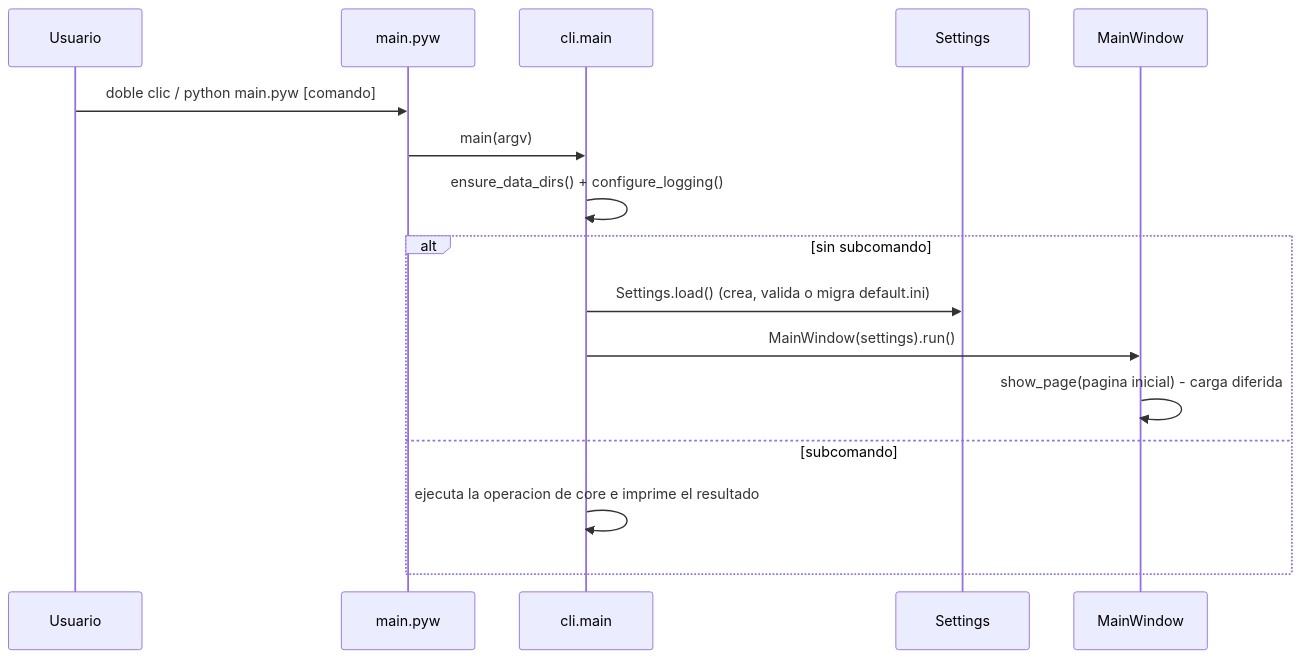
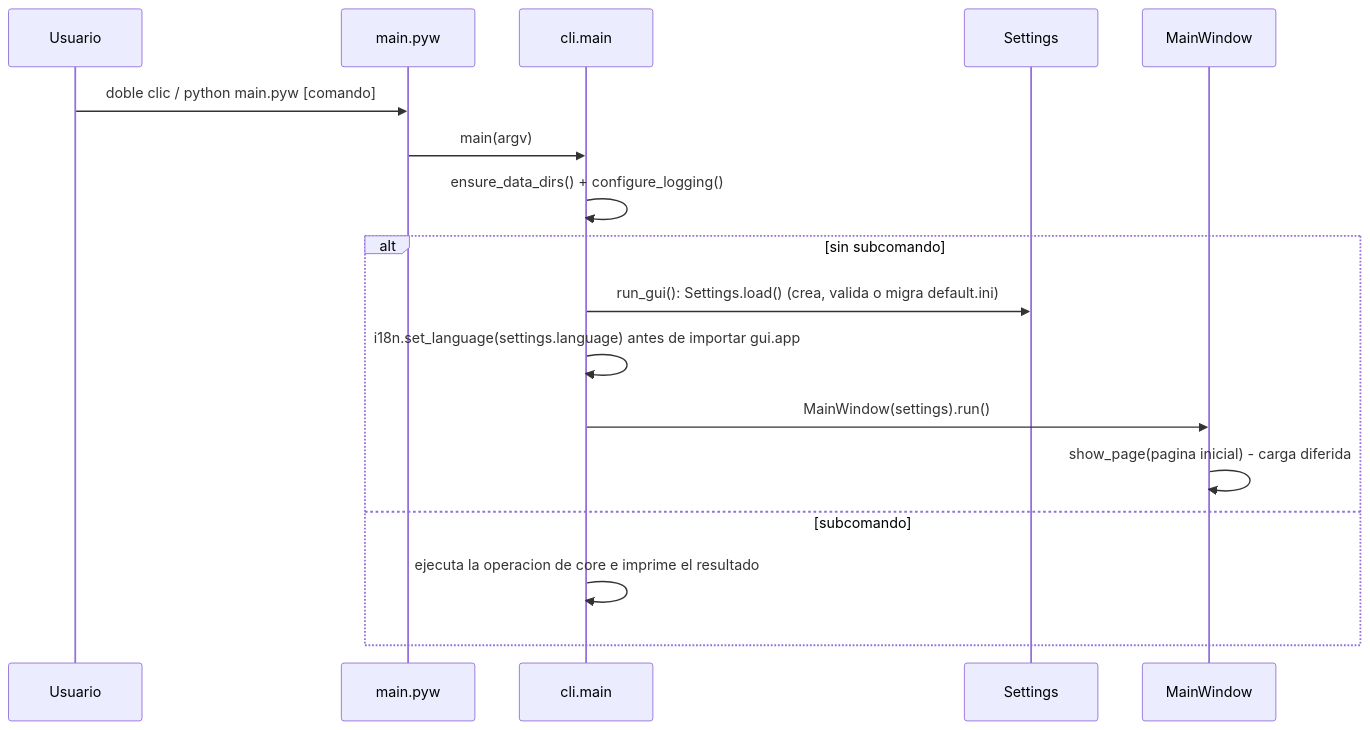
One commit to avilasebastianl/PDF_Management changed the second of 10 diagrams in README.md. Above: the diagram before and after it, drawn with Mermaid. The commit also changed other lines of this file and 73 other files, not shown here.

````diff
--- a/README.md
+++ b/README.md
@@ -301,18 +344,19 @@
 ```mermaid
 sequenceDiagram
     participant U as Usuario
     participant M as main.pyw
     participant C as cli.main
     participant S as Settings
     participant W as MainWindow
     U->>M: doble clic / python main.pyw [comando]
     M->>C: main(argv)
     C->>C: ensure_data_dirs() + configure_logging()
     alt sin subcomando
-        C->>S: Settings.load() (crea, valida o migra default.ini)
+        C->>S: run_gui(): Settings.load() (crea, valida o migra default.ini)
+        C->>C: i18n.set_language(settings.language) antes de importar gui.app
         C->>W: MainWindow(settings).run()
         W->>W: show_page(pagina inicial) - carga diferida
     else subcomando
         C->>C: ejecuta la operacion de core e imprime el resultado
     end
 ```
````
